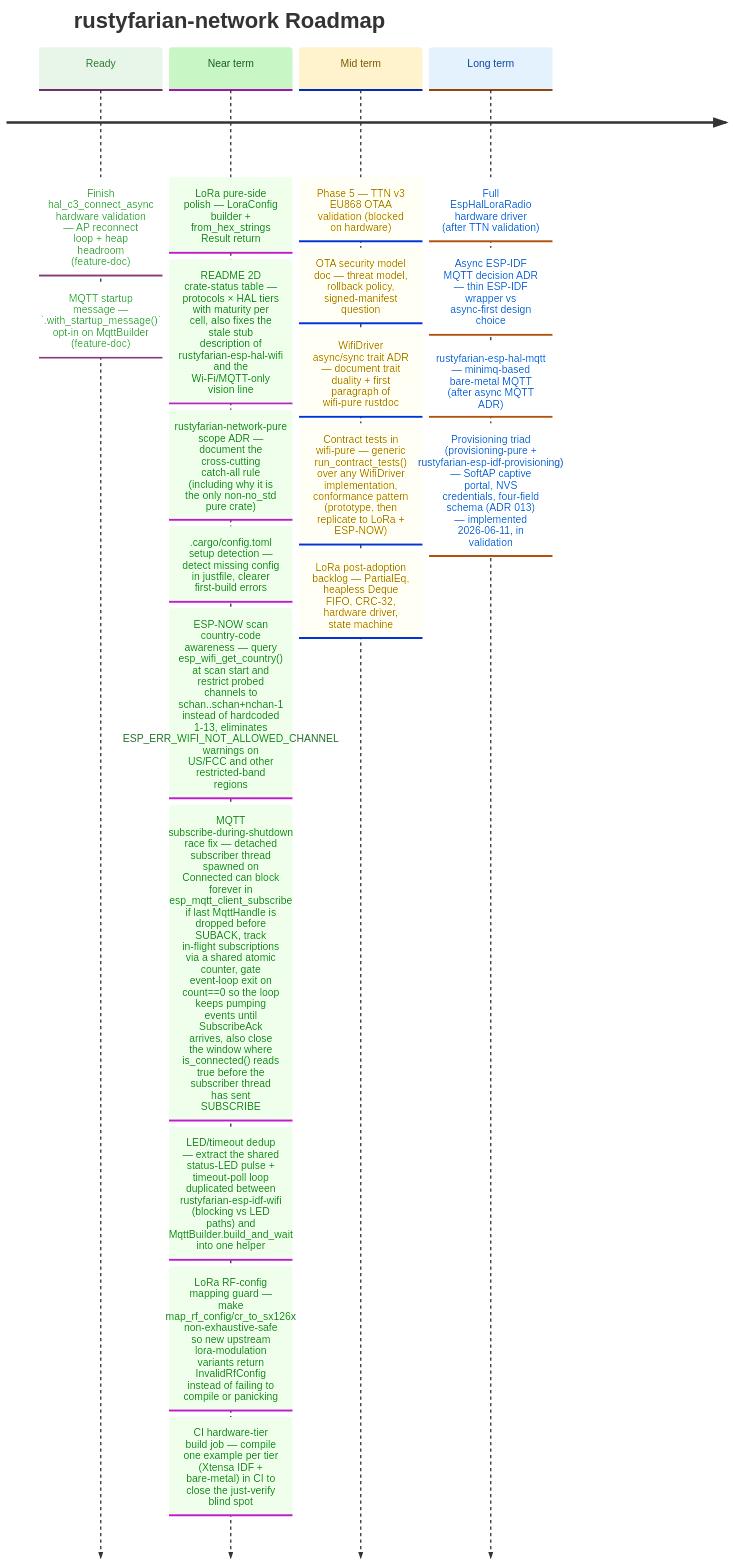
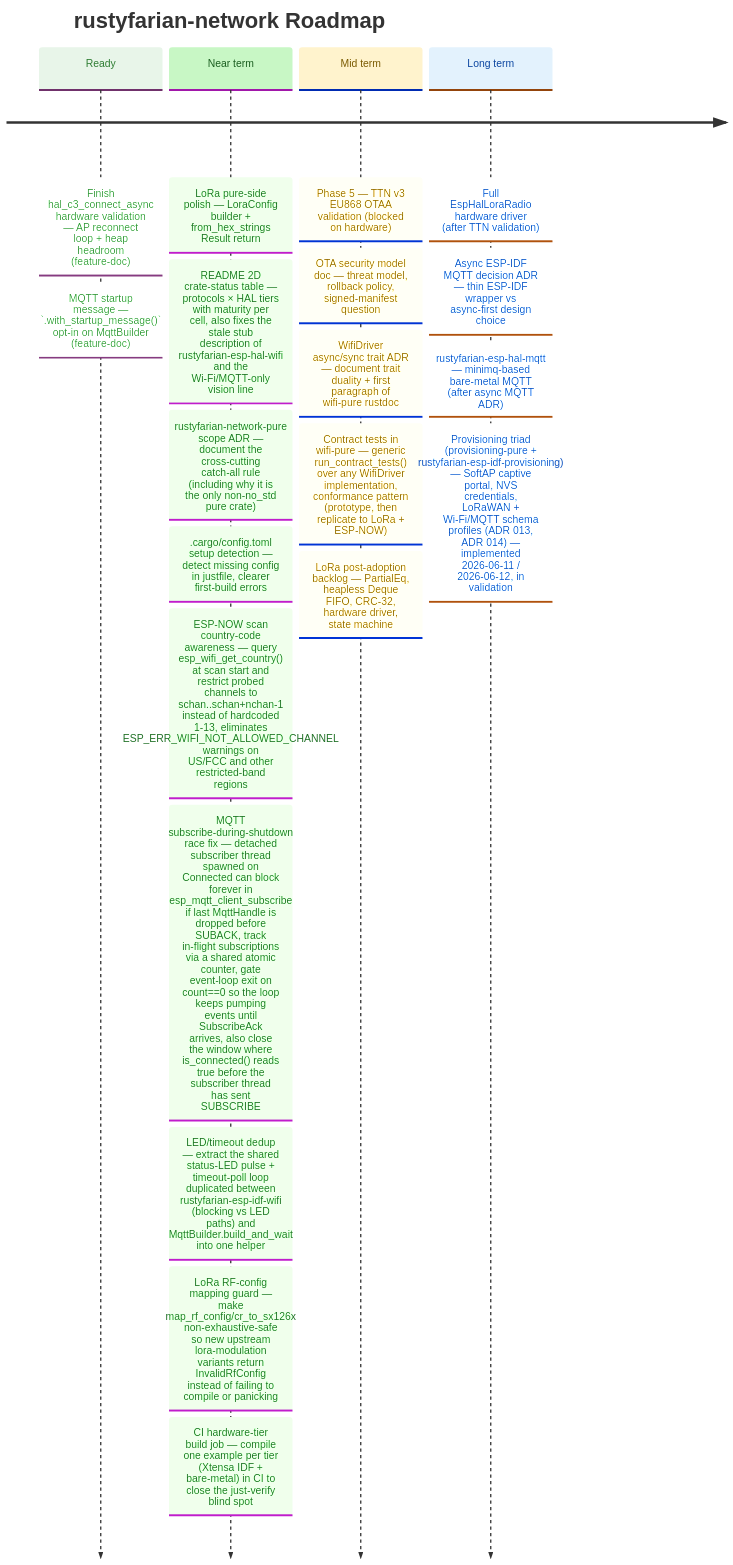
The diagram in docs/ROADMAP.md (datenkollektiv/rustyfarian-network), drawn with Mermaid before and after one commit. The commit also changed other lines of this file and 25 other files, not shown here.

Commit message:
Implement Wi-Fi and MQTT provisioning profile with schema validation and example

````diff
--- a/docs/ROADMAP.md
+++ b/docs/ROADMAP.md
@@ -13,42 +14,42 @@
 ```mermaid
 %%{init: {
   "theme": "base",
   "themeVariables": {
     "cScale0": "#e8f5e9",
     "cScaleLabel0": "#2e7d32",
     "cScale1": "#c8f7c5",
     "cScaleLabel1": "#1b5e20",
     "cScale2": "#fff3cd",
     "cScaleLabel2": "#7a5a00",
     "cScale3": "#e3f2fd",
     "cScaleLabel3": "#0d47a1"
   }
 }}%%
 
 timeline
     title rustyfarian-network Roadmap
 
     Ready     : Finish hal_c3_connect_async hardware validation — AP reconnect loop + heap headroom (feature-doc)
               : MQTT startup message — `.with_startup_message()` opt-in on MqttBuilder (feature-doc)
 
     Near term : LoRa pure-side polish — LoraConfig builder + from_hex_strings Result return
               : README 2D crate-status table — protocols × HAL tiers with maturity per cell, also fixes the stale stub description of rustyfarian-esp-hal-wifi and the Wi-Fi/MQTT-only vision line
               : rustyfarian-network-pure scope ADR — document the cross-cutting catch-all rule (including why it is the only non-no_std pure crate)
               : .cargo/config.toml setup detection — detect missing config in justfile, clearer first-build errors
               : ESP-NOW scan country-code awareness — query esp_wifi_get_country() at scan start and restrict probed channels to schan..schan+nchan-1 instead of hardcoded 1-13, eliminates ESP_ERR_WIFI_NOT_ALLOWED_CHANNEL warnings on US/FCC and other restricted-band regions
               : MQTT subscribe-during-shutdown race fix — detached subscriber thread spawned on Connected can block forever in esp_mqtt_client_subscribe if last MqttHandle is dropped before SUBACK, track in-flight subscriptions via a shared atomic counter, gate event-loop exit on count==0 so the loop keeps pumping events until SubscribeAck arrives, also close the window where is_connected() reads true before the subscriber thread has sent SUBSCRIBE
               : LED/timeout dedup — extract the shared status-LED pulse + timeout-poll loop duplicated between rustyfarian-esp-idf-wifi (blocking vs LED paths) and MqttBuilder.build_and_wait into one helper
               : LoRa RF-config mapping guard — make map_rf_config/cr_to_sx126x non-exhaustive-safe so new upstream lora-modulation variants return InvalidRfConfig instead of failing to compile or panicking
               : CI hardware-tier build job — compile one example per tier (Xtensa IDF + bare-metal) in CI to close the just-verify blind spot
 
     Mid term  : Phase 5 — TTN v3 EU868 OTAA validation (blocked on hardware)
               : OTA security model doc — threat model, rollback policy, signed-manifest question
               : WifiDriver async/sync trait ADR — document trait duality + first paragraph of wifi-pure rustdoc
               : Contract tests in wifi-pure — generic run_contract_tests() over any WifiDriver implementation, conformance pattern (prototype, then replicate to LoRa + ESP-NOW)
               : LoRa post-adoption backlog — PartialEq, heapless Deque FIFO, CRC-32, hardware driver, state machine
 
     Long term : Full EspHalLoraRadio hardware driver (after TTN validation)
               : Async ESP-IDF MQTT decision ADR — thin ESP-IDF wrapper vs async-first design choice
               : rustyfarian-esp-hal-mqtt — minimq-based bare-metal MQTT (after async MQTT ADR)
-              : Provisioning triad (provisioning-pure + rustyfarian-esp-idf-provisioning) — SoftAP captive portal, NVS credentials, four-field schema (ADR 013) — implemented 2026-06-11, in validation
+              : Provisioning triad (provisioning-pure + rustyfarian-esp-idf-provisioning) — SoftAP captive portal, NVS credentials, LoRaWAN + Wi-Fi/MQTT schema profiles (ADR 013, ADR 014) — implemented 2026-06-11 / 2026-06-12, in validation
 ```
````
